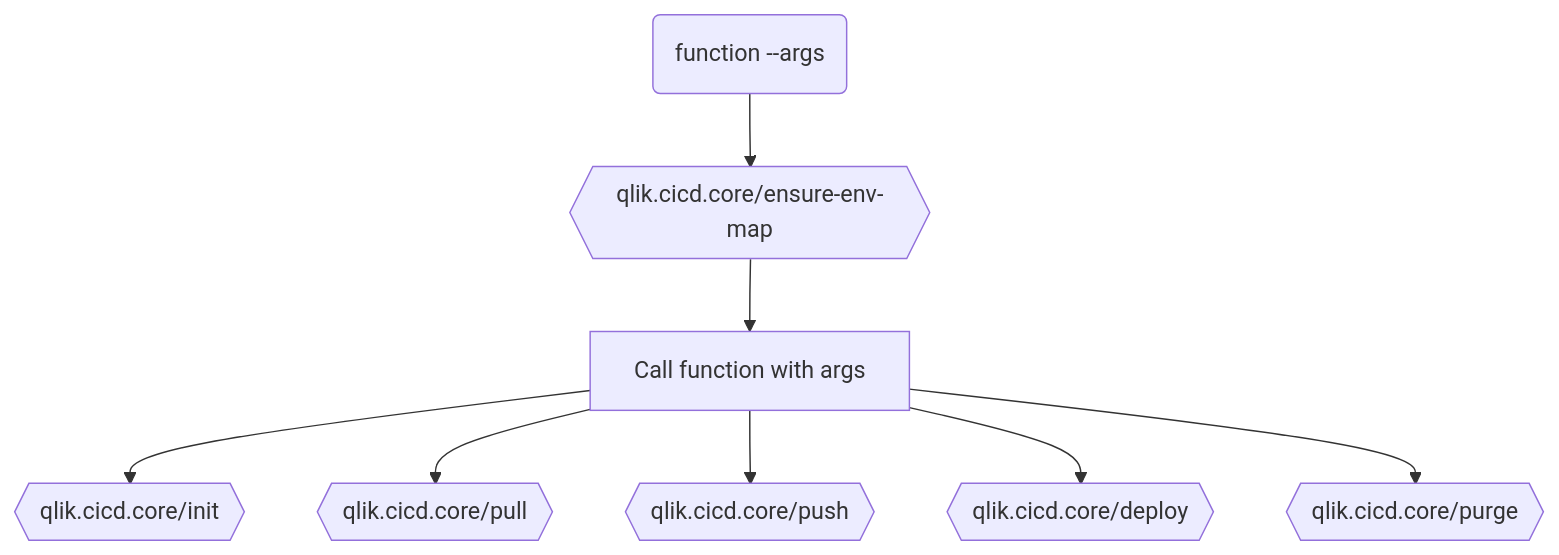
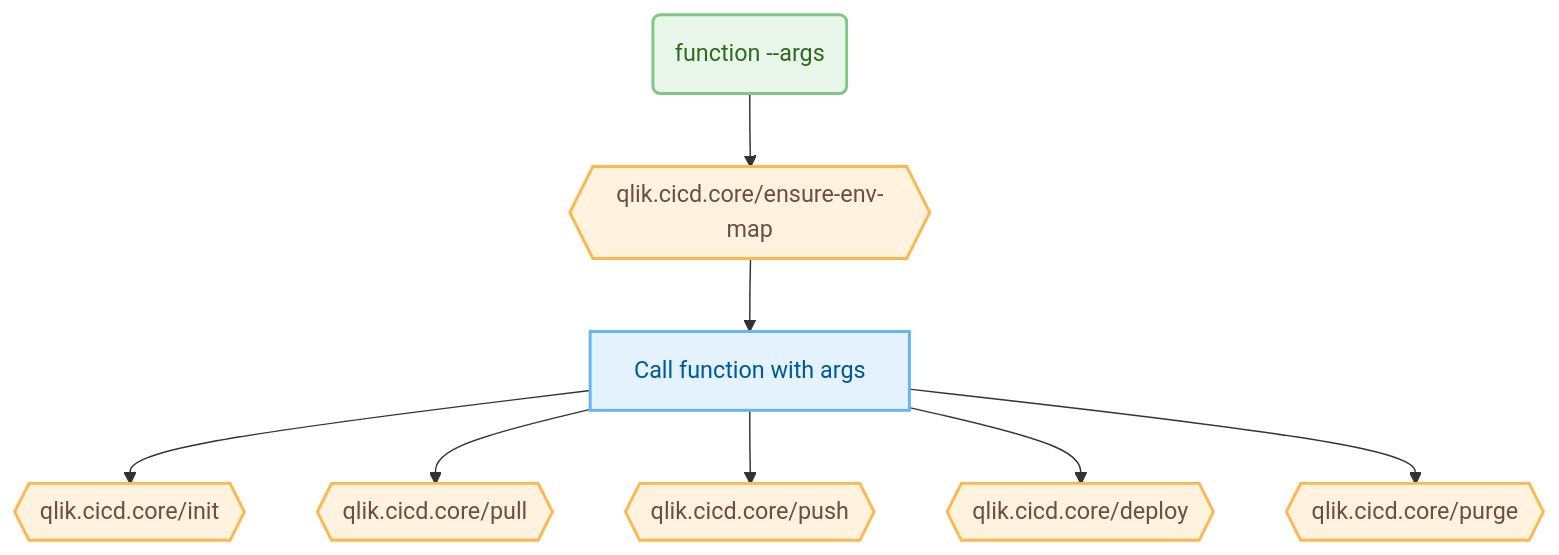
Before and after one commit to mattiasthalen/qlik-cicd-cli: the first of 2 diagrams in README.md, drawn with Mermaid. The commit also changed other lines of this file, not shown here.

Commit message:
Style the flowcharts to make them pop

````diff
--- a/README.md
+++ b/README.md
@@ -5,19 +5,26 @@
 ```mermaid
 flowchart TD
-    input@{shape: event, label: "function --args"}
-    ensure_env_map@{shape: prepare, label: "qlik.cicd.core/ensure-env-map"}
-    call_function@{shape: process, label: "Call function with args"}
-    init@{shape: prepare, label: "qlik.cicd.core/init"}
-    pull@{shape: prepare, label: "qlik.cicd.core/pull"}
-    push@{shape: prepare, label: "qlik.cicd.core/push"}
-    deploy@{shape: prepare, label: "qlik.cicd.core/deploy"}
-    purge@{shape: prepare, label: "qlik.cicd.core/purge"}
+    classDef event fill:#e8f5e9,stroke:#81c784,stroke-width:2px,color:#33691e;
+    classDef prepare fill:#fff3e0,stroke:#ffb74d,stroke-width:2px,color:#6d4c41;
+    classDef process fill:#e3f2fd,stroke:#64b5f6,stroke-width:2px,color:#01579b;
+    classDef decision fill:#fffde7,stroke:#ffd54f,stroke-width:2px,color:#f57c00;
+    classDef odd fill:#fce4ec,stroke:#f06292,stroke-width:2px,color:#ad1457;
+    classDef terminal fill:#ede7f6,stroke:#9575cd,stroke-width:2px,color:#4527a0;
+
+    input:::event@{shape: event, label: "function --args"}
+    ensure_env_map:::prepare@{shape: prepare, label: "qlik.cicd.core/ensure-env-map"}
+    call_function:::process@{shape: process, label: "Call function with args"}
+    init:::prepare@{shape: prepare, label: "qlik.cicd.core/init"}
+    pull:::prepare@{shape: prepare, label: "qlik.cicd.core/pull"}
+    push:::prepare@{shape: prepare, label: "qlik.cicd.core/push"}
+    deploy:::prepare@{shape: prepare, label: "qlik.cicd.core/deploy"}
+    purge:::prepare@{shape: prepare, label: "qlik.cicd.core/purge"}
 
     input --> ensure_env_map
     ensure_env_map --> call_function
     call_function --> init
     call_function --> pull
     call_function --> push
     call_function --> deploy
     call_function --> purge
 ```
````
